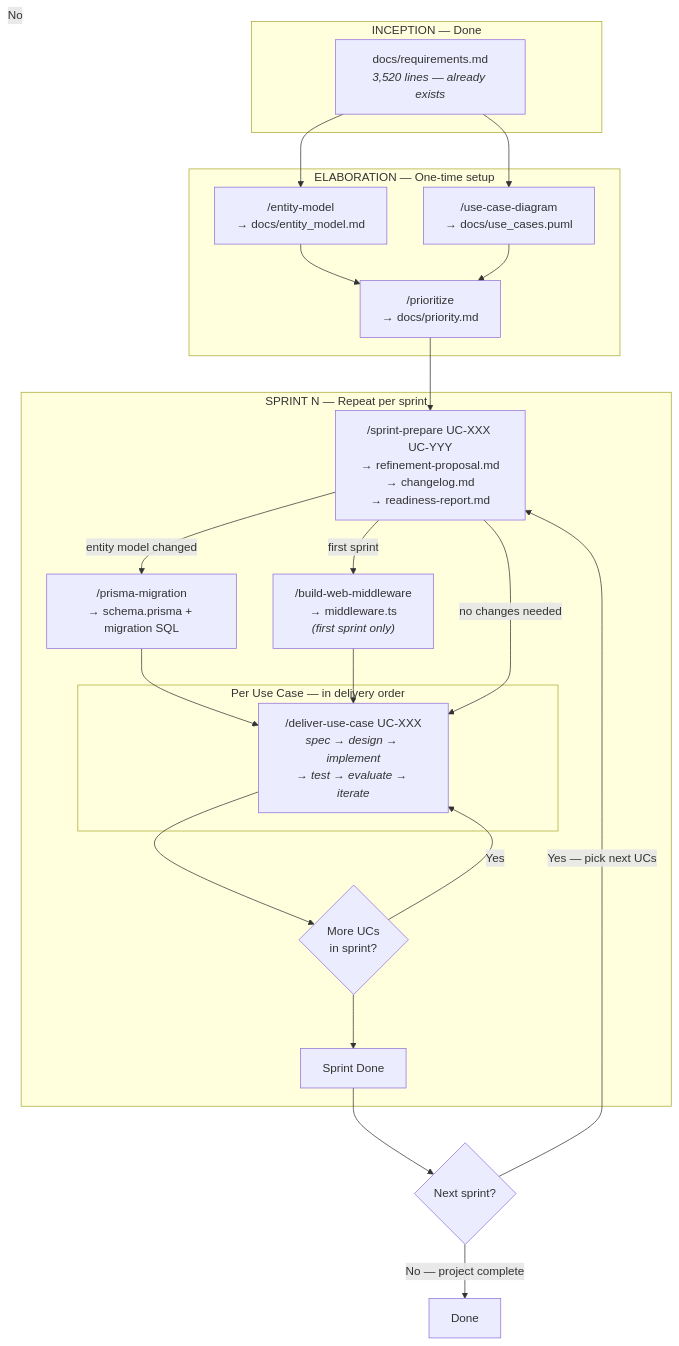
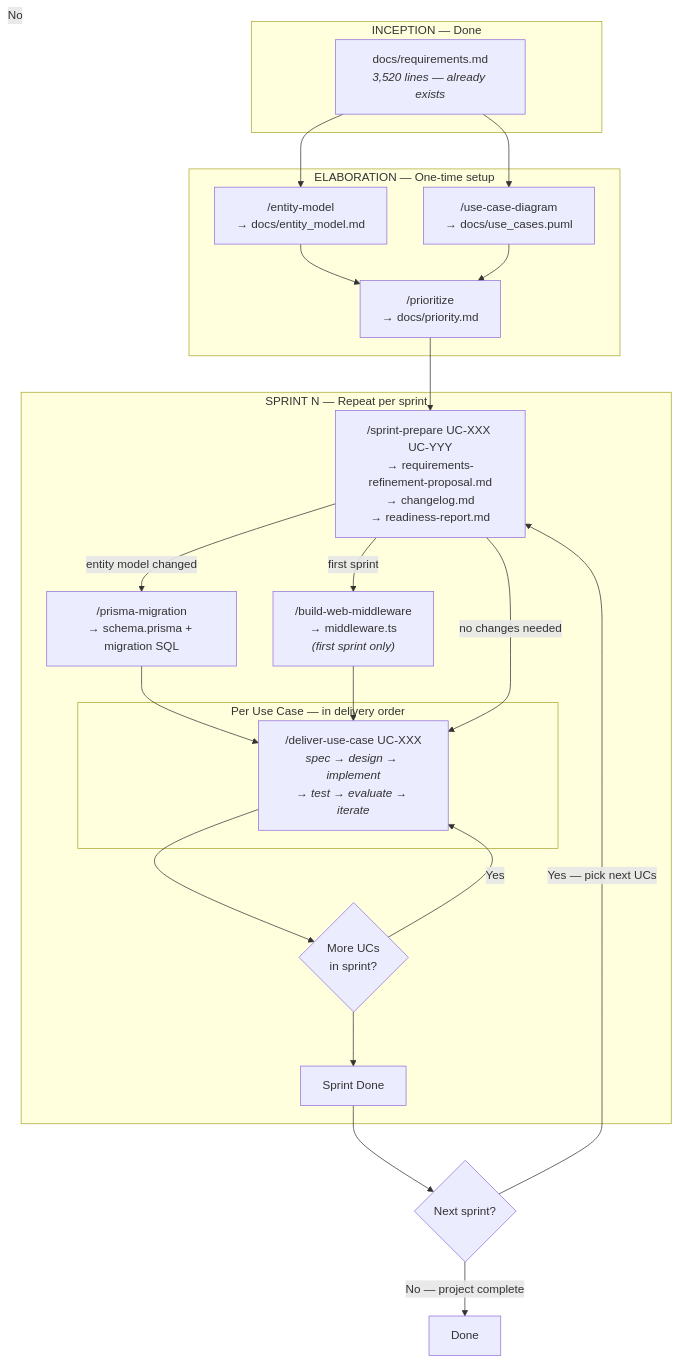
One commit to nexadevapp/nexa-claude-skills-marketplace changed the diagram in dry-run-project/docs/pipeline-overview.md. Above: the diagram before and after it, drawn with Mermaid. The commit also changed 3 other files, not shown here.

First line of the commit message:
refactor: clarify requirements source and rename refinement proposal

````diff
--- a/dry-run-project/docs/pipeline-overview.md
+++ b/dry-run-project/docs/pipeline-overview.md
@@ -5,46 +5,46 @@
 ```mermaid
 graph TD
     subgraph "INCEPTION — Done"
         REQ["docs/requirements.md<br/><i>3,520 lines — already exists</i>"]
     end
 
     subgraph "ELABORATION — One-time setup"
         EM["/entity-model<br/>→ docs/entity_model.md"]
         UCD["/use-case-diagram<br/>→ docs/use_cases.puml"]
         PRI["/prioritize<br/>→ docs/priority.md"]
     end
 
     subgraph "SPRINT N — Repeat per sprint"
-        PS["/sprint-prepare UC-XXX UC-YYY<br/>→ refinement-proposal.md<br/>→ changelog.md<br/>→ readiness-report.md"]
+        PS["/sprint-prepare UC-XXX UC-YYY<br/>→ requirements-refinement-proposal.md<br/>→ changelog.md<br/>→ readiness-report.md"]
 
         PM["/prisma-migration<br/>→ schema.prisma + migration SQL"]
         MW["/build-web-middleware<br/>→ middleware.ts<br/><i>(first sprint only)</i>"]
 
         subgraph "Per Use Case — in delivery order"
             DUC["/deliver-use-case UC-XXX<br/><i>spec → design → implement<br/>→ test → evaluate → iterate</i>"]
         end
 
         NEXT{"More UCs<br/>in sprint?"}
         SPRINT_DONE["Sprint Done"]
     end
 
     NEXT_SPRINT{"Next sprint?"}
 
     REQ --> EM
     REQ --> UCD
     EM --> PRI
     UCD --> PRI
 
     PRI --> PS
     PS -->|"entity model changed"| PM
     PS -->|"first sprint"| MW
     PM --> DUC
     MW --> DUC
     PS -->|"no changes needed"| DUC
     DUC --> NEXT
     NEXT -->|Yes| DUC
     NEXT -->|No| SPRINT_DONE
     SPRINT_DONE --> NEXT_SPRINT
     NEXT_SPRINT -->|"Yes — pick next UCs"| PS
     NEXT_SPRINT -->|"No — project complete"| DONE["Done"]
 ```
````
